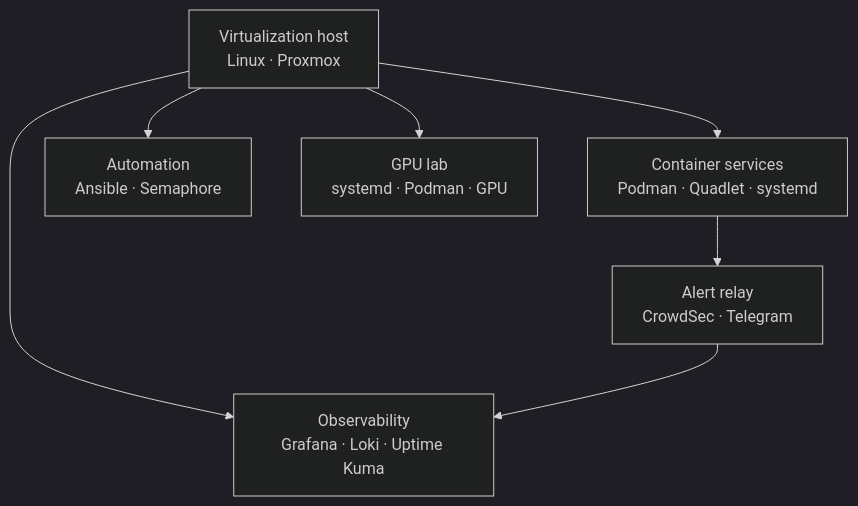
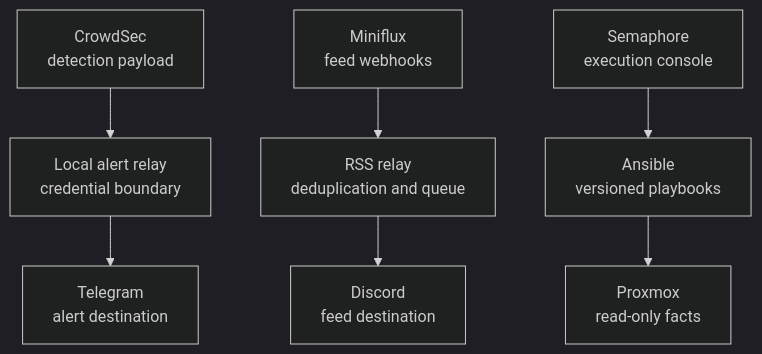
The diagram in README.md (AndersonTavares0/homelab-portfolio), drawn with Mermaid (dark theme) before and after one commit. The commit also changed other lines of this file and 3 other files, not shown here.

First line of the commit message:
docs: record the compact explorer and diagram grammar

````diff
--- a/README.md
+++ b/README.md
@@ -44,15 +46,9 @@
 ```mermaid
 flowchart TB
-  Host["Virtualization host<br/>Linux · Proxmox"]
-  Services["Container services<br/>Podman · Quadlet · systemd"]
-  Alerts["Alert relay<br/>CrowdSec · Telegram"]
-  Telemetry["Observability<br/>Grafana · Loki · Uptime Kuma"]
-  Automation["Automation<br/>Ansible · Semaphore"]
-  GPU["GPU lab<br/>systemd · Podman · GPU"]
-  Host --> Services
-  Host --> Telemetry
-  Host --> Automation
-  Host --> GPU
-  Services --> Alerts
-  Alerts --> Telemetry
+  CrowdSec["CrowdSec<br/>detection payload"] --> AlertRelay["Local alert relay<br/>credential boundary"]
+  AlertRelay --> Telegram["Telegram<br/>alert destination"]
+  Miniflux["Miniflux<br/>feed webhooks"] --> RSSRelay["RSS relay<br/>deduplication and queue"]
+  RSSRelay --> Discord["Discord<br/>feed destination"]
+  Semaphore["Semaphore<br/>execution console"] --> Ansible["Ansible<br/>versioned playbooks"]
+  Ansible --> Proxmox["Proxmox<br/>read-only facts"]
 ```
````
